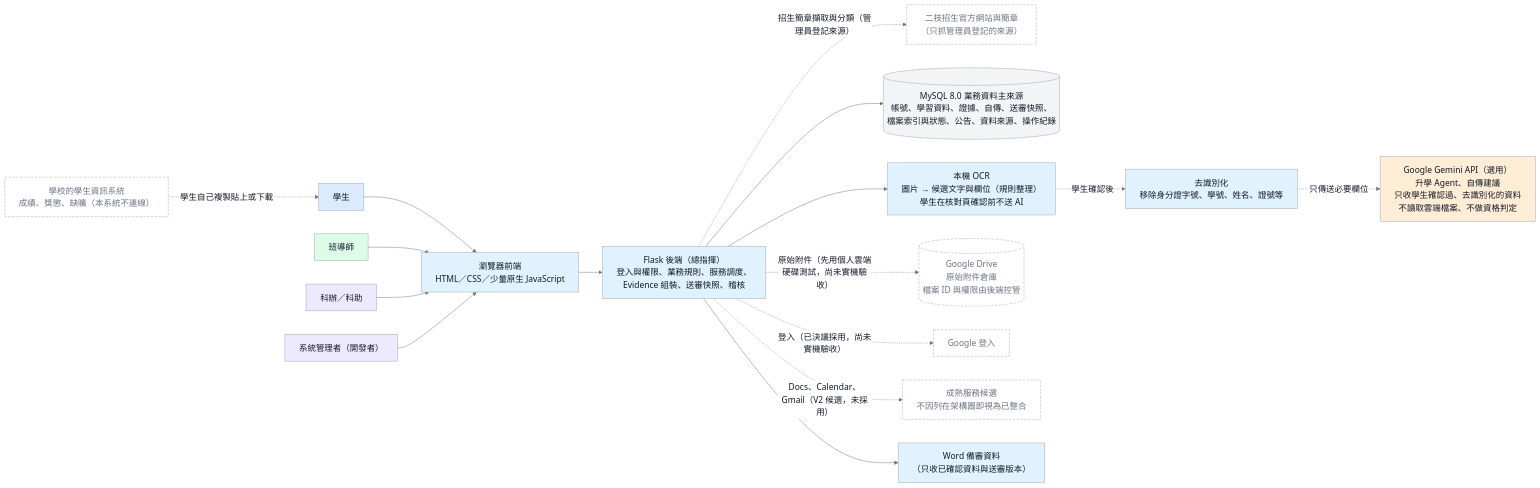
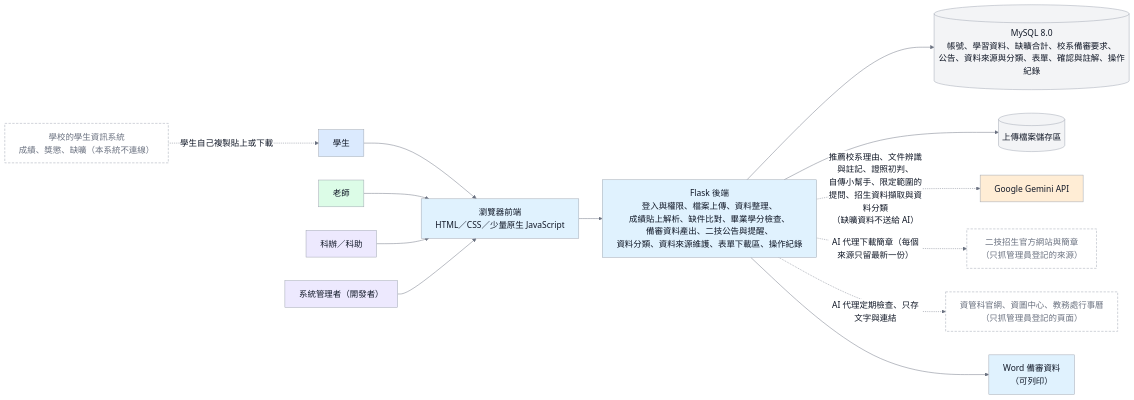
One commit to 111534107/smart-learning-portfolio-main changed the diagram in docs/images/D-05-system-architecture.mmd. Above: the diagram before and after it, drawn with Mermaid. The commit also changed 841 other files, not shown here.

```diff
--- a/docs/images/D-05-system-architecture.mmd
+++ b/docs/images/D-05-system-architecture.mmd
@@ -1,36 +1,32 @@
 %%{init: {'theme':'base','themeVariables': {'fontSize':'18px','fontFamily':'DFKai-SB, BiauKai, serif','primaryColor':'#F3F4F6','primaryTextColor':'#111827','primaryBorderColor':'#9CA3AF','lineColor':'#6B7280','edgeLabelBackground':'#FFFFFF'},'flowchart':{'wrappingWidth':400}}}%%
 flowchart LR
     classDef student fill:#DBEAFE,stroke:#9CA3AF,color:#111827,stroke-width:1px;
     classDef teacher fill:#DCFCE7,stroke:#9CA3AF,color:#111827,stroke-width:1px;
     classDef admin fill:#EDE9FE,stroke:#9CA3AF,color:#111827,stroke-width:1px;
     classDef backend fill:#E0F2FE,stroke:#9CA3AF,color:#111827,stroke-width:1px;
     classDef db fill:#F3F4F6,stroke:#9CA3AF,color:#111827,stroke-width:1px;
     classDef ai fill:#FFEDD5,stroke:#9CA3AF,color:#111827,stroke-width:1px;
     classDef external fill:#FFFFFF,stroke:#9CA3AF,color:#6B7280,stroke-width:1px,stroke-dasharray:5 3;
-    classDef pending fill:#FFFFFF,stroke:#9CA3AF,color:#6B7280,stroke-width:1px,stroke-dasharray:5 3;
 
     School[學校的學生資訊系統<br/>成績、獎懲、缺曠（本系統不連線）]:::external
+    Campus[資管科官網、資圖中心、教務處行事曆<br/>（只抓管理員登記的頁面）]:::external
     Official[二技招生官方網站與簡章<br/>（只抓管理員登記的來源）]:::external
     Student[學生]:::student
-    Teacher[班導師]:::teacher
+    Teacher[老師]:::teacher
     Staff[科辦／科助]:::admin
     Admin[系統管理者（開發者）]:::admin
 
     School -. 學生自己複製貼上或下載 .-> Student
     Student --> UI
     Teacher --> UI
     Staff --> UI
     Admin --> UI
 
     UI[瀏覽器前端<br/>HTML／CSS／少量原生 JavaScript]:::backend
-    UI --> App[Flask 後端（總指揮）<br/>登入與權限、業務規則、服務調度、<br/>Evidence 組裝、送審快照、稽核]:::backend
-    App --> DB[(MySQL 8.0 業務資料主來源<br/>帳號、學習資料、證據、自傳、送審快照、<br/>檔案索引與狀態、公告、資料來源、操作紀錄)]:::db
-    App --> OCR[本機 OCR<br/>圖片 → 候選文字與欄位（規則整理）<br/>學生在核對頁確認前不送 AI]:::backend
-    OCR -. 學生確認後 .-> Dewash[去識別化<br/>移除身分證字號、學號、姓名、證號等]:::backend
-    Dewash -. 只傳送必要欄位 .-> Gemini[Google Gemini API（選用）<br/>升學 Agent、自傳建議<br/>只收學生確認過、去識別化的資料<br/>不讀取雲端檔案、不做資格判定]:::ai
-    App -. 招生簡章擷取與分類（管理員登記來源） .-> Official
-
-    App -. 原始附件（先用個人雲端硬碟測試，尚未實機驗收）.-> Drive[(Google Drive<br/>原始附件倉庫<br/>檔案 ID 與權限由後端控管)]:::pending
-    App -. 登入（已決議採用，尚未實機驗收）.-> GLogin[Google 登入]:::pending
-    App -. Docs、Calendar、Gmail（V2 候選，未採用）.-> Svc[成熟服務候選<br/>不因列在架構圖即視為已整合]:::pending
-    App --> Doc[Word 備審資料<br/>（只收已確認資料與送審版本）]:::backend
+    UI --> App[Flask 後端<br/>登入與權限、檔案上傳、資料整理、<br/>成績貼上解析、缺件比對、畢業學分檢查、<br/>備審資料產出、二技公告與提醒、<br/>資料分類、資料來源維護、表單下載區、操作紀錄]:::backend
+    App --> DB[(MySQL 8.0<br/>帳號、學習資料、缺曠合計、校系備審要求、<br/>公告、資料來源與分類、表單、確認與註解、操作紀錄)]:::db
+    App --> Files[(上傳檔案儲存區)]:::db
+    App -. 推薦校系理由、文件辨識與註記、證照初判、<br/>自傳小幫手、限定範圍的提問、招生資料擷取與資料分類<br/>（缺曠資料不送給 AI） .-> Gemini[Google Gemini API]:::ai
+    App -. AI 代理下載簡章（每個來源只留最新一份） .-> Official
+    App -. AI 代理定期檢查、只存文字與連結 .-> Campus
+    App --> Doc[Word 備審資料<br/>（可列印）]:::backend
```
